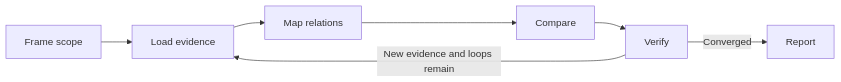
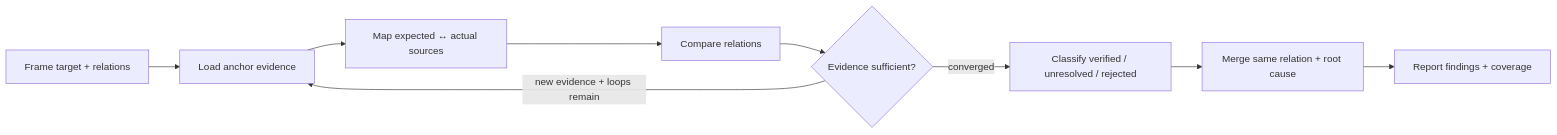
The diagram in .github/agents/artifact-consistency-checker.agent.md (mols3131d/hmda-data-reliability), drawn with Mermaid before and after one commit.

Commit message:
docs: improve consistency checker Mermaid

````diff
--- a/.github/agents/artifact-consistency-checker.agent.md
+++ b/.github/agents/artifact-consistency-checker.agent.md
@@ -77,9 +77,12 @@
 ```mermaid
 flowchart LR
-    A[Frame scope] --> B[Load evidence]
-    B --> C[Map relations]
-    C --> D[Compare]
-    D --> E[Verify]
-    E -->|New evidence and loops remain| B
-    E -->|Converged| F[Report]
+    frame["Frame target + relations"] --> load["Load anchor evidence"]
+    load --> map["Map expected ↔ actual sources"]
+    map --> compare["Compare relations"]
+    compare --> verify{"Evidence sufficient?"}
+
+    verify -->|new evidence + loops remain| load
+    verify -->|converged| classify["Classify verified / unresolved / rejected"]
+    classify --> normalize["Merge same relation + root cause"]
+    normalize --> report["Report findings + coverage"]
 ```
````
